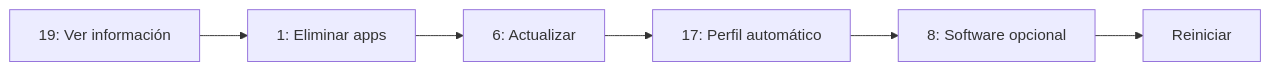
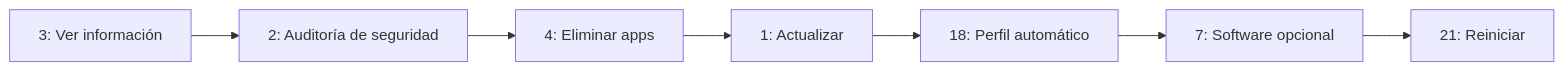
The diagram in README.md (george0884/linux-ultimate-tools), drawn with Mermaid before and after one commit. The commit also changed other lines of this file, not shown here.

````diff
--- a/README.md
+++ b/README.md
@@ -692,8 +692,9 @@
 ```mermaid
 graph LR
-    A[19: Ver información] --> B[1: Eliminar apps]
-    B --> C[6: Actualizar]
-    C --> D[17: Perfil automático]
-    D --> E[8: Software opcional]
-    E --> F[Reiniciar]
+    A[3: Ver información] --> B[2: Auditoría de seguridad]
+    B --> C[4: Eliminar apps]
+    C --> D[1: Actualizar]
+    D --> E[18: Perfil automático]
+    E --> F[7: Software opcional]
+    F --> G[21: Reiniciar]
 ```
````
